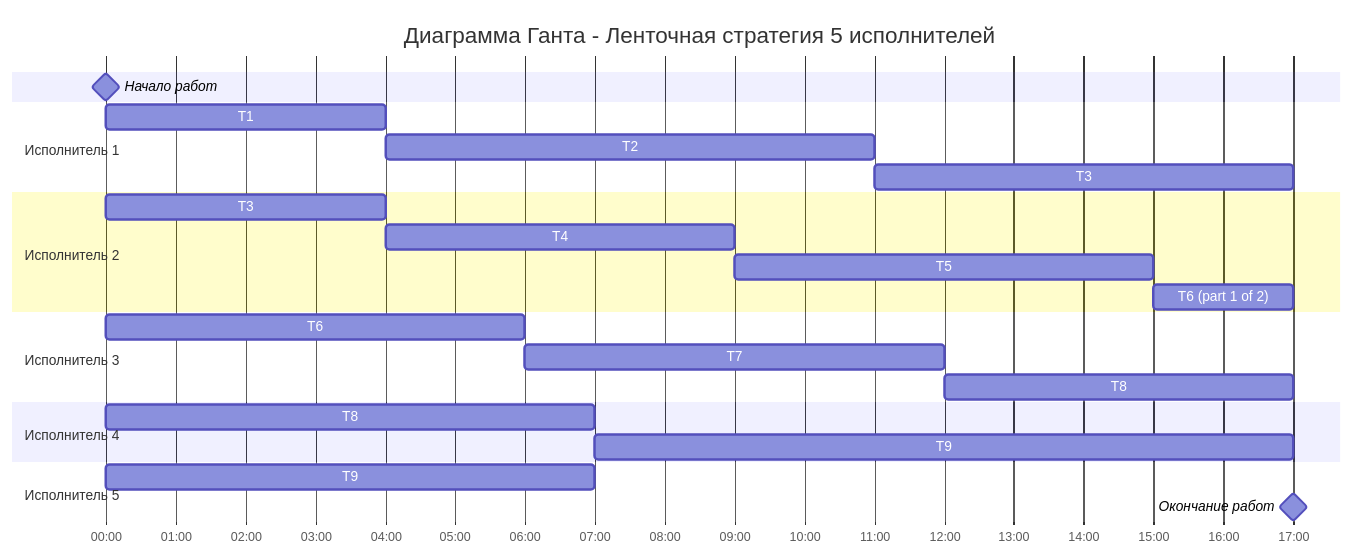
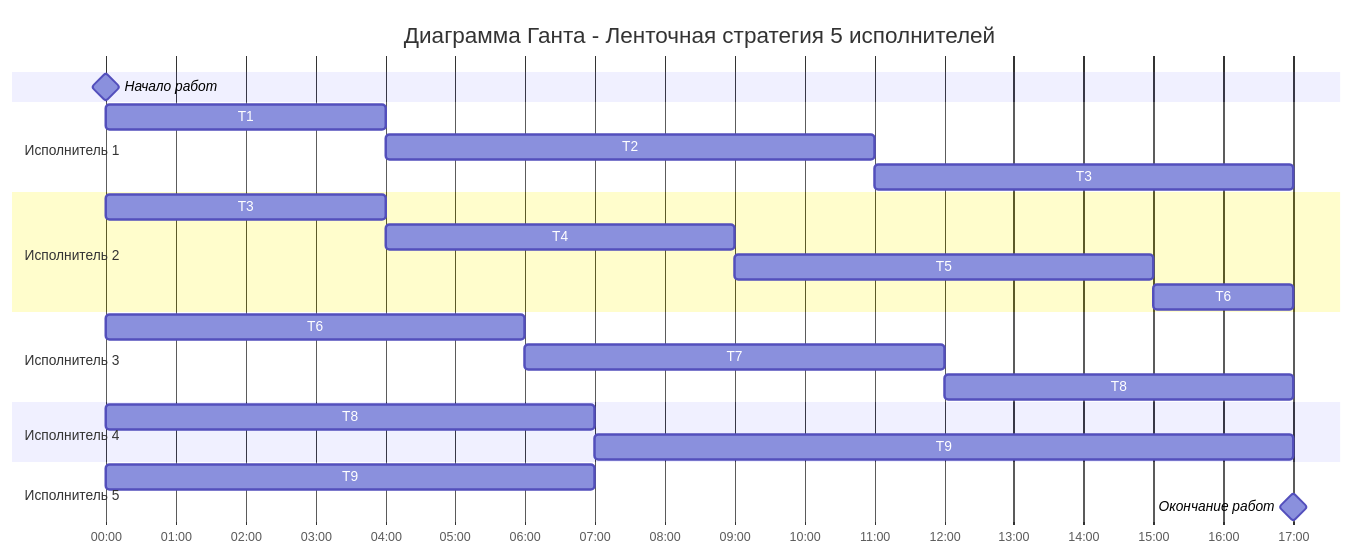
The first of 2 diagrams in Задание 8/mergesort.md (hse-algo-psapr-25/manual-tasks), drawn with Mermaid before and after one commit. The commit also changed other lines of this file, not shown here.

Commit message:
Конвеерная задача должна отображаться лучше

````diff
--- a/Задание 8/mergesort.md
+++ b/Задание 8/mergesort.md
@@ -45,32 +45,32 @@
 ```mermaid
 gantt
     title Диаграмма Ганта - Ленточная стратегия 5 исполнителей
     dateFormat  HH:mm
     axisFormat  %H:%M
     Начало работ : milestone, m0, 00:00, 0h
 
     section Исполнитель 1
     T1                : e1a, 00:00, 4h
     T2                : e1b, after e1a, 7h
     T3                : e1c, after e1b, 6h
 
     section Исполнитель 2
     T3                : e2a, 00:00, 4h
     T4                : e2b, after e2a, 5h
     T5                : e2c, after e2b, 6h
-    T6 (part 1 of 2)  : e2d, after e2c, 2h
+    T6                : e2d, after e2c, 2h
 
     section Исполнитель 3
     T6                : e3a, 00:00, 6h
     T7                : e3b, after e3a, 6h
     T8                : e3c, after e3b, 5h
 
     section Исполнитель 4
     T8                : e4a, 00:00, 7h
     T9                : e4b, after e4a, 10h
 
     section Исполнитель 5
     T9                : e5a, 00:00, 7h
 
     Окончание работ : milestone, m1, 17:00, 0h
 ```
````
